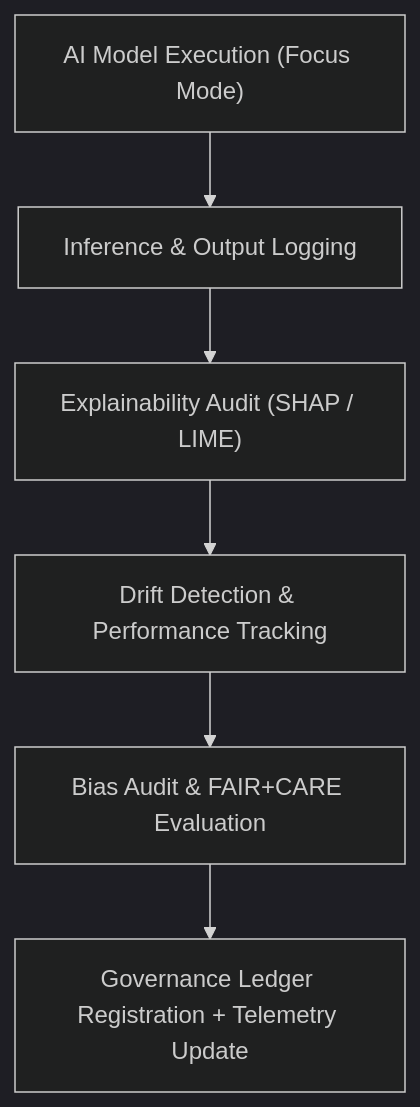
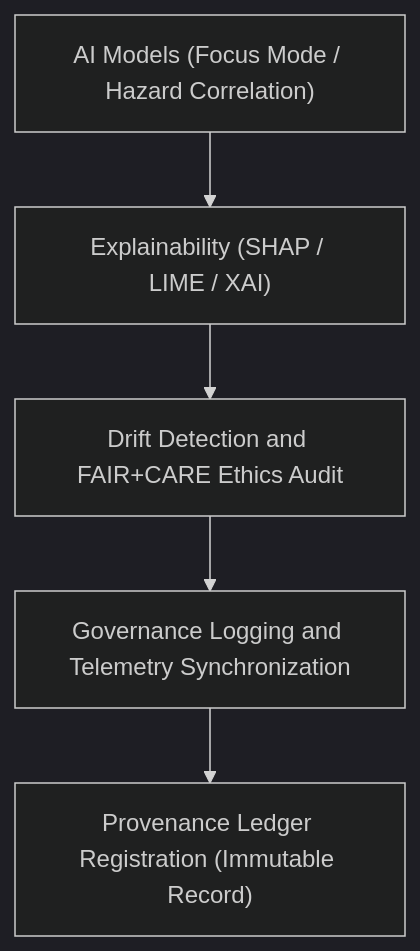
The diagram in data/work/tmp/hazards/logs/ai/README.md (bartytime4life/Kansas-Frontier-Matrix), drawn with Mermaid (dark theme) before and after one commit. The commit also changed other lines of this file, not shown here.

````diff
--- a/data/work/tmp/hazards/logs/ai/README.md
+++ b/data/work/tmp/hazards/logs/ai/README.md
@@ -69,8 +66,7 @@
 ```mermaid
 flowchart TD
-    A["AI Model Execution (Focus Mode)"] --> B["Inference & Output Logging"]
-    B --> C["Explainability Audit (SHAP / LIME)"]
-    C --> D["Drift Detection & Performance Tracking"]
-    D --> E["Bias Audit & FAIR+CARE Evaluation"]
-    E --> F["Governance Ledger Registration + Telemetry Update"]
+    A["AI Models (Focus Mode / Hazard Correlation)"] --> B["Explainability (SHAP / LIME / XAI)"]
+    B --> C["Drift Detection and FAIR+CARE Ethics Audit"]
+    C --> D["Governance Logging and Telemetry Synchronization"]
+    D --> E["Provenance Ledger Registration (Immutable Record)"]
 ```
````
